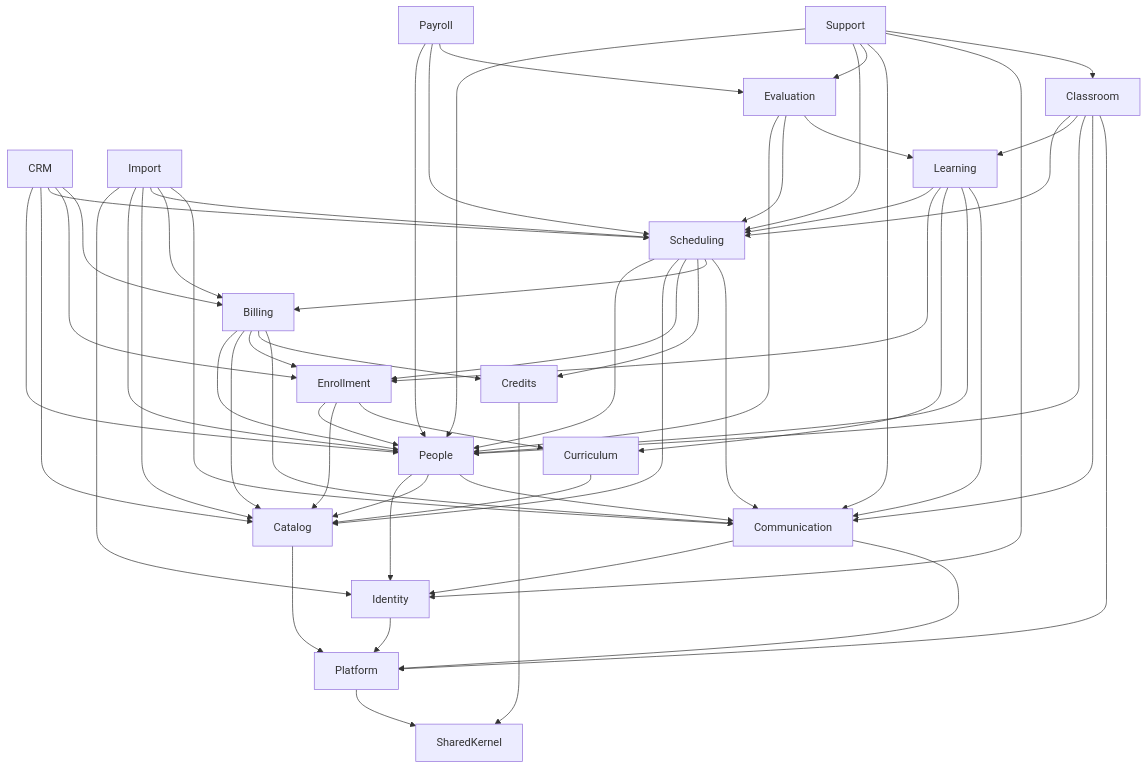
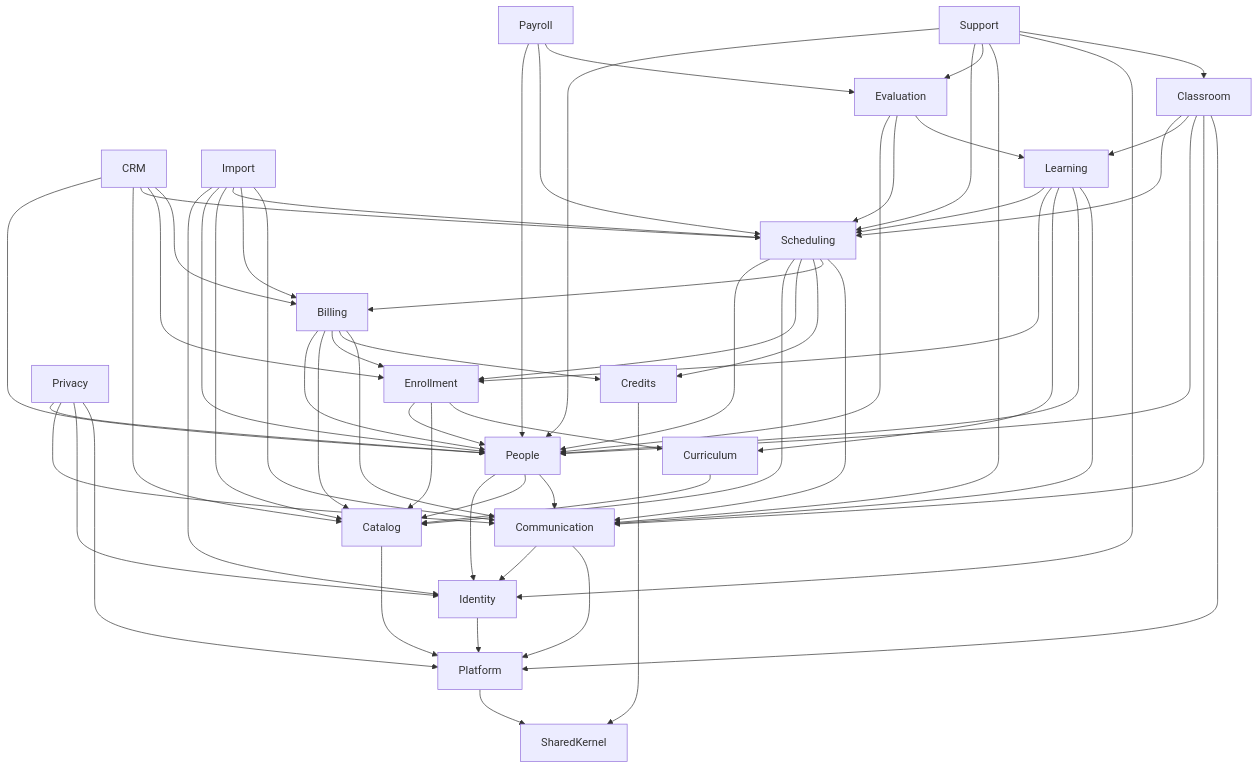
One commit to Mahmoud-Elgonidi/academy-lms changed the diagram in docs/architecture/04-design-patterns.md. Above: the diagram before and after it, drawn with Mermaid. The commit also changed other lines of this file and 147 other files, not shown here.

````diff
--- a/docs/architecture/04-design-patterns.md
+++ b/docs/architecture/04-design-patterns.md
@@ -49,20 +50,21 @@
 ```mermaid
 flowchart TD
     CRM --> People & Catalog & Scheduling & Enrollment & Billing
     Import --> Identity & People & Catalog & Scheduling & Billing & Communication
     Payroll --> People & Scheduling & Evaluation
     Evaluation --> People & Scheduling & Learning
     Support --> People & Scheduling & Evaluation & Communication & Identity & Classroom
+    Privacy --> People & Communication & Identity & Platform
     Learning --> Scheduling & Enrollment & Curriculum & People & Communication
     Billing --> People & Catalog & Enrollment & Credits & Communication
     Classroom --> Scheduling & Learning & People & Communication & Platform
     Scheduling --> People & Catalog & Enrollment & Credits & Billing & Communication
     Enrollment --> People & Catalog & Curriculum
     Curriculum --> Catalog
     People --> Identity & Catalog & Communication
     Communication --> Identity & Platform
     Identity --> Platform
     Catalog --> Platform
     Credits --> SharedKernel
     Platform --> SharedKernel
 ```
````
